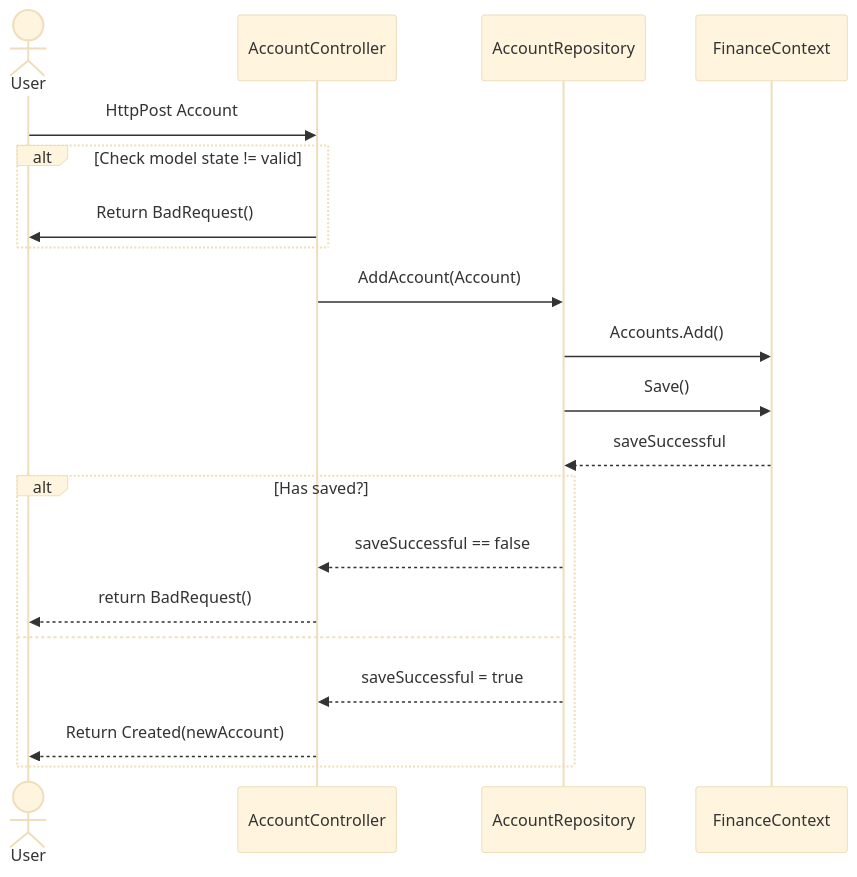
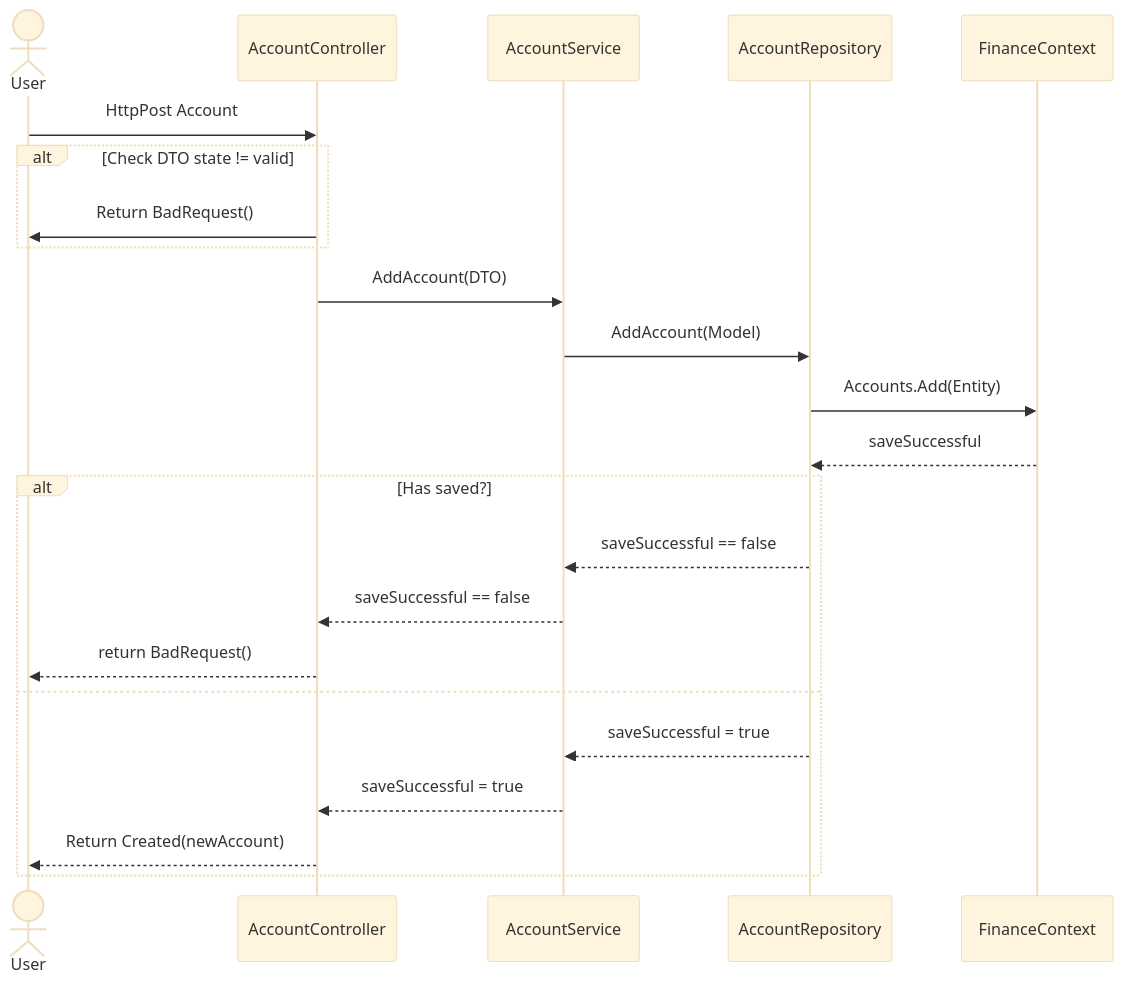
One commit to JET-NilsM/Practice-FinanceApp changed the diagram in TransactionService/Docs/Diagrams/SequenceDiagram.md. Above: the diagram before and after it, drawn with Mermaid (base theme). The commit also changed 4 other files, not shown here.

Commit message:
Small updates to class and sequence diagram

````diff
--- a/TransactionService/Docs/Diagrams/SequenceDiagram.md
+++ b/TransactionService/Docs/Diagrams/SequenceDiagram.md
@@ -1,22 +1,24 @@
 ```mermaid
 sequenceDiagram
     actor User
 
         User->>AccountController: HttpPost Account
-        alt Check model state != valid
+        alt Check DTO state != valid
         AccountController->>User: Return BadRequest()
         end
-        AccountController->>AccountRepository: AddAccount(Account)
-        AccountRepository->>FinanceContext: Accounts.Add() 
-        AccountRepository->>FinanceContext : Save()
+        AccountController->>AccountService: AddAccount(DTO)
+        AccountService->>AccountRepository: AddAccount(Model)
+        AccountRepository->>FinanceContext : Accounts.Add(Entity)
         FinanceContext-->>AccountRepository : saveSuccessful
         
         alt Has saved?
-        AccountRepository-->>AccountController : saveSuccessful == false
+        AccountRepository-->>AccountService : saveSuccessful == false
+        AccountService-->>AccountController : saveSuccessful == false
         AccountController-->>User : return BadRequest()
-        else 
-            AccountRepository-->>AccountController : saveSuccessful = true
+        else
+            AccountRepository-->>AccountService : saveSuccessful = true
+            AccountService-->>AccountController : saveSuccessful = true
             AccountController-->>User : Return Created(newAccount)
         end
         
 ```
````
